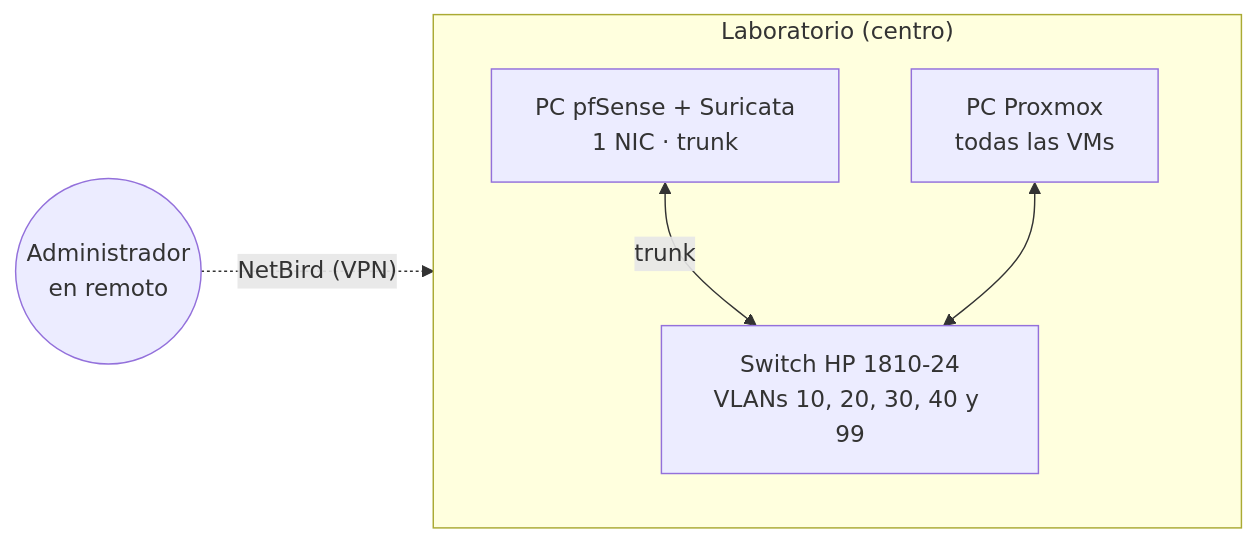
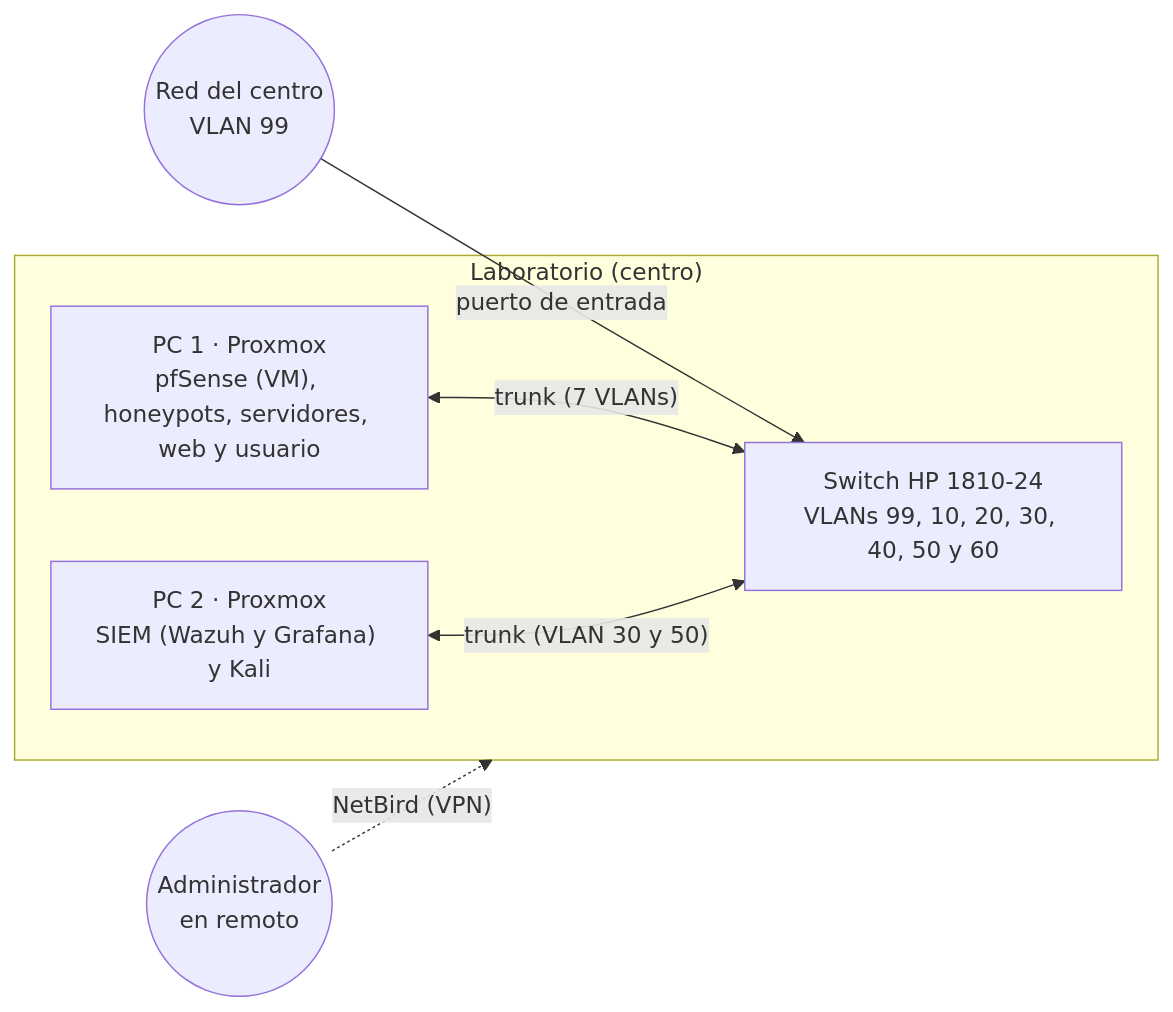
Before and after one commit to alexnaranjooo/APUNTES-ASIX: the first of 3 diagrams in docs/honeynet/introduccion-al-proyecto/infraestructura-fisica.md, drawn with Mermaid. The commit also changed other lines of this file and 3 other files, not shown here.

Commit message:
GITBOOK-58: Arquitectura con dos Proxmox: infraestructura, diagrama, alcance y checklist

````diff
--- a/docs/honeynet/introduccion-al-proyecto/infraestructura-fisica.md
+++ b/docs/honeynet/introduccion-al-proyecto/infraestructura-fisica.md
@@ -26,14 +30,17 @@
 ```mermaid
 flowchart LR
+    CENTRO(("Red del centro<br/>VLAN 99"))
+
     subgraph LAB["Laboratorio (centro)"]
-        SW["Switch HP 1810-24<br/>VLANs 10, 20, 30, 40 y 99"]
-        PFPC["PC pfSense + Suricata<br/>1 NIC · trunk"]
-        PVE["PC Proxmox<br/>todas las VMs"]
+        SW["Switch HP 1810-24<br/>VLANs 99, 10, 20, 30, 40, 50 y 60"]
+        PC1["PC 1 · Proxmox<br/>pfSense (VM), honeypots, servidores, web y usuario"]
+        PC2["PC 2 · Proxmox<br/>SIEM (Wazuh y Grafana) y Kali"]
     end
 
     ADMIN(("Administrador<br/>en remoto"))
 
-    PFPC <-- "trunk" --> SW
-    PVE <--> SW
+    CENTRO -- "puerto de entrada" --> SW
+    PC1 <-- "trunk (7 VLANs)" --> SW
+    PC2 <-- "trunk (VLAN 30 y 50)" --> SW
     ADMIN -. "NetBird (VPN)" .-> LAB
 ```
````
